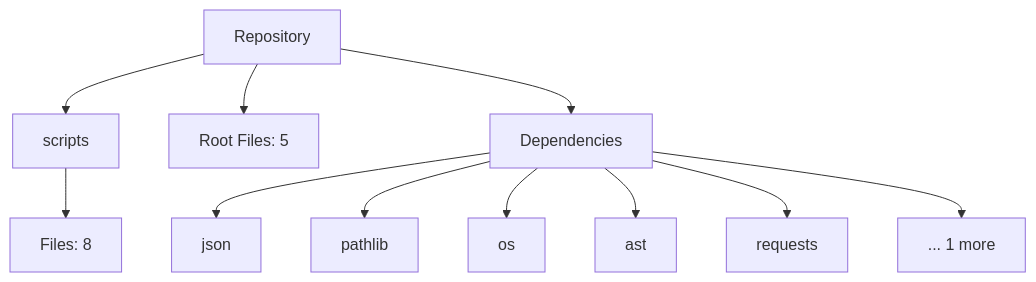
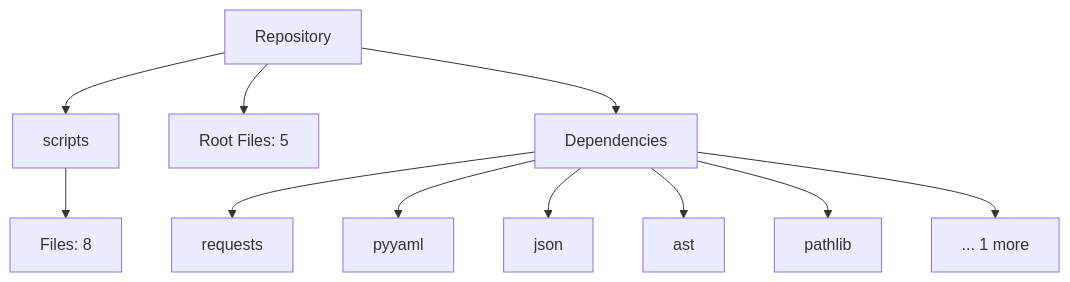
The diagram in README.md (NITISH-R-G/Smart-Task-Tracker-macOS-Dark-Edition-), drawn with Mermaid before and after one commit. The commit also changed 4 other files, not shown here.

Commit message:
docs(auto): Automatically update repository architecture and README

````diff
--- a/README.md
+++ b/README.md
@@ -17,15 +17,15 @@
 ```mermaid
 graph TD
     Root[Repository]
     Root --> scripts[scripts]
     scripts --> scripts_files[Files: 8]
     Root --> Root_files[Root Files: 5]
     Root --> Deps[Dependencies]
+    Deps --> requests[requests]
+    Deps --> pyyaml[pyyaml]
     Deps --> json[json]
+    Deps --> ast[ast]
     Deps --> pathlib[pathlib]
-    Deps --> os[os]
-    Deps --> ast[ast]
-    Deps --> requests[requests]
     Deps --> MoreDeps[... 1 more]
 
 ```
````
